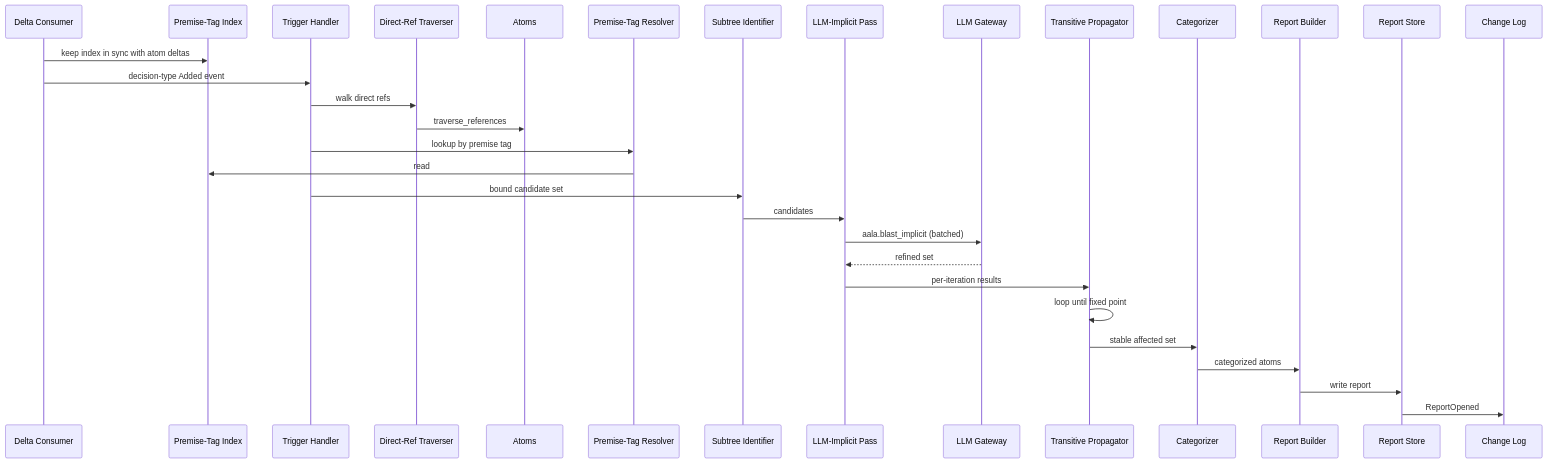
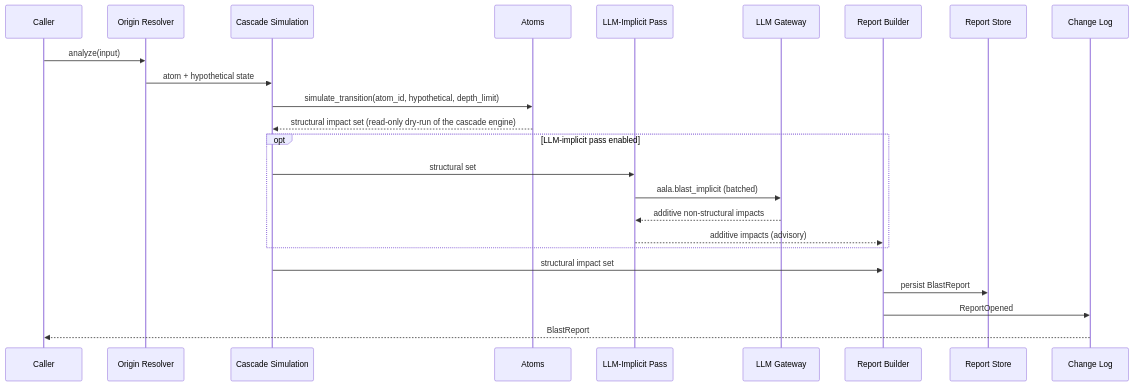
Before and after one commit to Gubbi/aala: the first of 2 diagrams in docs/L3/07-blast-radius.md, drawn with Mermaid. The commit also changed other lines of this file and 68 other files, not shown here.

````diff
--- a/docs/L3/07-blast-radius.md
+++ b/docs/L3/07-blast-radius.md
@@ -29,34 +25,27 @@
 ```mermaid
 sequenceDiagram
-    participant DC as Delta Consumer
-    participant PIdx as Premise-Tag Index
-    participant Trig as Trigger Handler
-    participant Direct as Direct-Ref Traverser
-    participant Atoms
-    participant Premise as Premise-Tag Resolver
-    participant Subtree as Subtree Identifier
-    participant Implicit as LLM-Implicit Pass
+    participant Caller
+    participant Origin as Origin Resolver
+    participant Sim as Cascade Simulation
+    participant Atoms as Atoms
+    participant Imp as LLM-Implicit Pass
     participant LLM as LLM Gateway
-    participant Trans as Transitive Propagator
-    participant Cat as Categorizer
-    participant Builder as Report Builder
+    participant Build as Report Builder
     participant Store as Report Store
     participant Log as Change Log
 
-    DC->>PIdx: keep index in sync with atom deltas
-    DC->>Trig: decision-type Added event
-    Trig->>Direct: walk direct refs
-    Direct->>Atoms: traverse_references
-    Trig->>Premise: lookup by premise tag
-    Premise->>PIdx: read
-    Trig->>Subtree: bound candidate set
-    Subtree->>Implicit: candidates
-    Implicit->>LLM: aala.blast_implicit (batched)
-    LLM-->>Implicit: refined set
-    Implicit->>Trans: per-iteration results
-    Trans->>Trans: loop until fixed point
-    Trans->>Cat: stable affected set
-    Cat->>Builder: categorized atoms
-    Builder->>Store: write report
-    Store->>Log: ReportOpened
+    Caller->>Origin: analyze(input)
+    Origin->>Sim: atom + hypothetical state
+    Sim->>Atoms: simulate_transition(atom_id, hypothetical, depth_limit)
+    Atoms-->>Sim: structural impact set (read-only dry-run of the cascade engine)
+    opt LLM-implicit pass enabled
+        Sim->>Imp: structural set
+        Imp->>LLM: aala.blast_implicit (batched)
+        LLM-->>Imp: additive non-structural impacts
+        Imp-->>Build: additive impacts (advisory)
+    end
+    Sim->>Build: structural impact set
+    Build->>Store: persist BlastReport
+    Build->>Log: ReportOpened
+    Log-->>Caller: BlastReport
 ```
````
